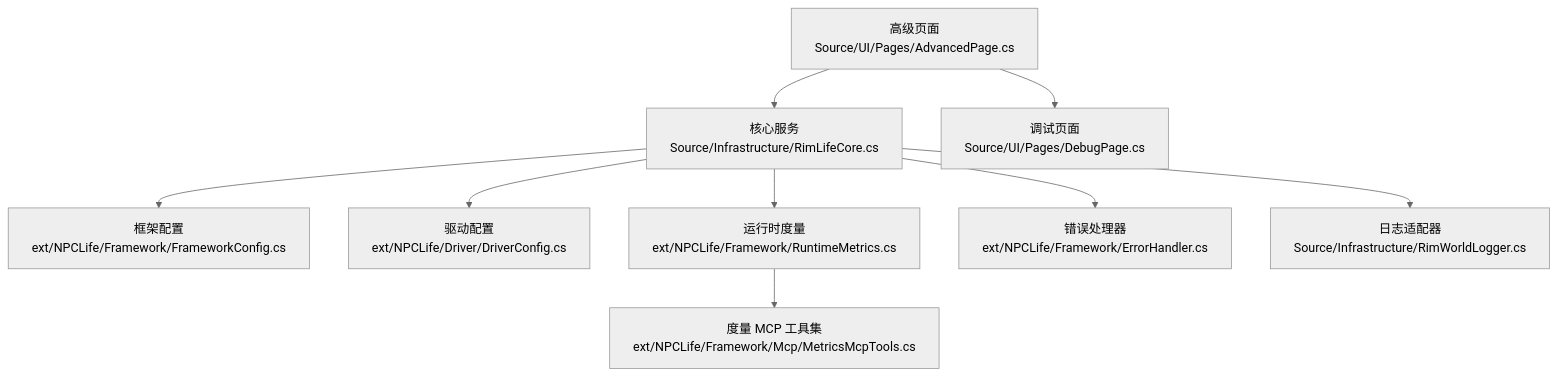
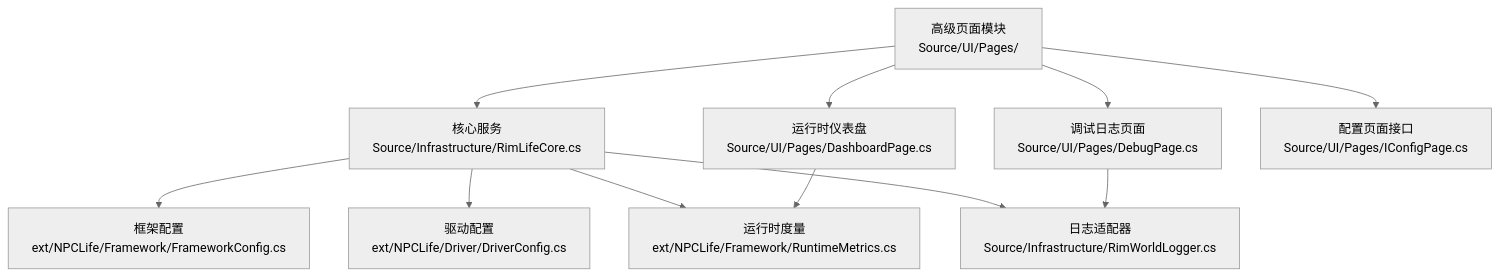
One commit to suzvka/RimLife changed the first of 8 diagrams in .qoder/repowiki/zh/content/用户界面系统/高级页面.md. Above: the diagram before and after it, drawn with Mermaid (neutral theme). The commit also changed other lines of this file and 19 other files, not shown here.

````diff
--- a/.qoder/repowiki/zh/content/用户界面系统/高级页面.md
+++ b/.qoder/repowiki/zh/content/用户界面系统/高级页面.md
@@ -41,20 +48,22 @@
 ```mermaid
 graph TB
-UI["高级页面<br/>Source/UI/Pages/AdvancedPage.cs"]
+UI["高级页面模块<br/>Source/UI/Pages/"]
 Core["核心服务<br/>Source/Infrastructure/RimLifeCore.cs"]
 Cfg["框架配置<br/>ext/NPCLife/Framework/FrameworkConfig.cs"]
 Dcfg["驱动配置<br/>ext/NPCLife/Driver/DriverConfig.cs"]
 Met["运行时度量<br/>ext/NPCLife/Framework/RuntimeMetrics.cs"]
-MTool["度量 MCP 工具集<br/>ext/NPCLife/Framework/Mcp/MetricsMcpTools.cs"]
-Err["错误处理器<br/>ext/NPCLife/Framework/ErrorHandler.cs"]
 Log["日志适配器<br/>Source/Infrastructure/RimWorldLogger.cs"]
-Dbg["调试页面<br/>Source/UI/Pages/DebugPage.cs"]
+Dash["运行时仪表盘<br/>Source/UI/Pages/DashboardPage.cs"]
+Dbg["调试日志页面<br/>Source/UI/Pages/DebugPage.cs"]
+Iface["配置页面接口<br/>Source/UI/Pages/IConfigPage.cs"]
 UI --> Core
 Core --> Cfg
 Core --> Dcfg
 Core --> Met
-Core --> Err
 Core --> Log
-Met --> MTool
+Dash --> Met
+Dbg --> Log
+UI --> Dash
 UI --> Dbg
+UI --> Iface
 ```
````
